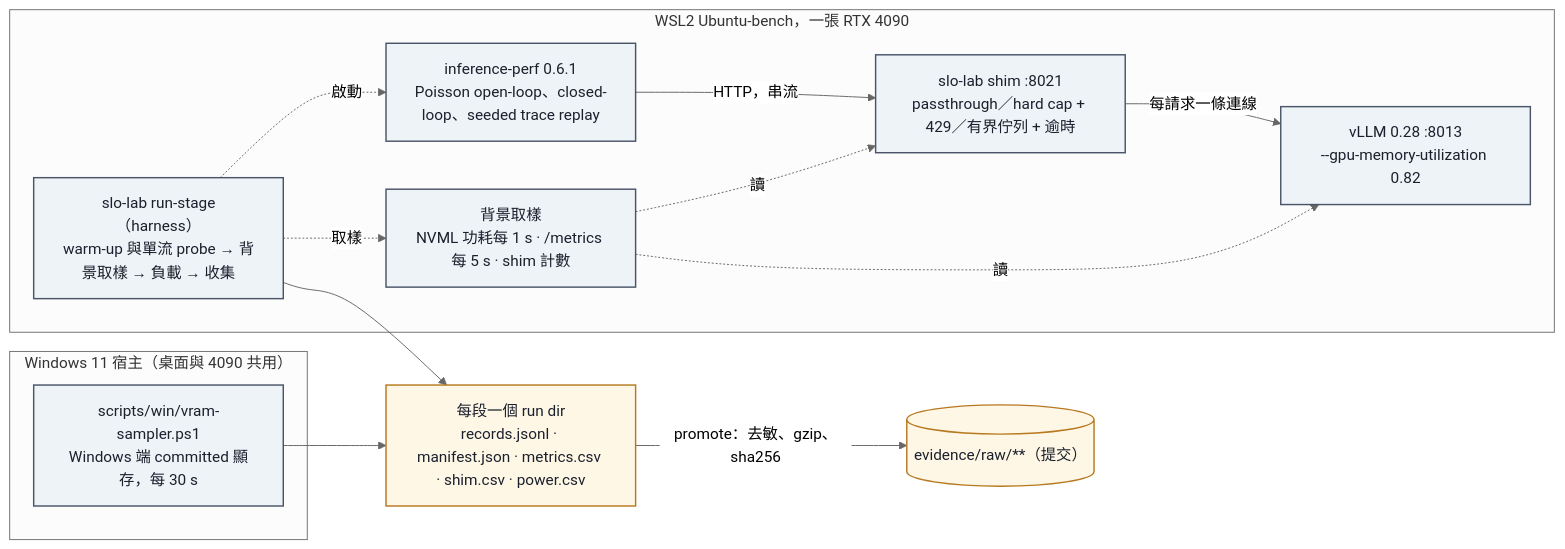
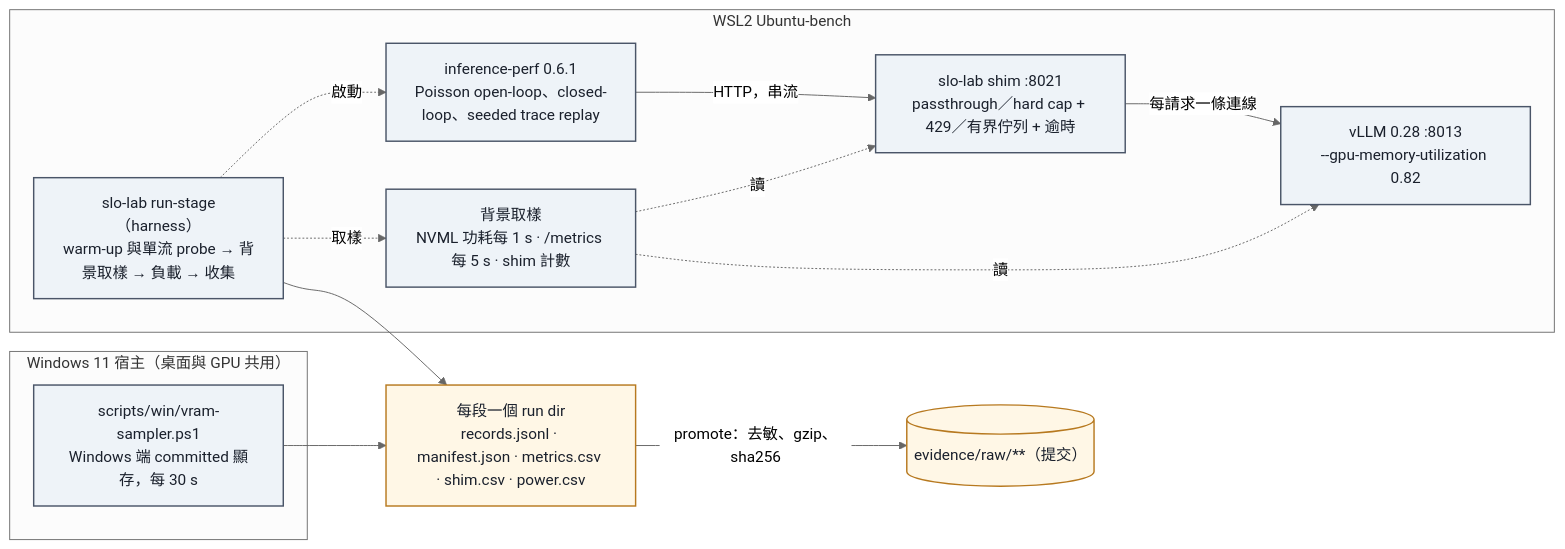
The first of 2 diagrams in README.md (kuotunyu/vllm-single-gpu-slo-lab), drawn with Mermaid (neutral theme) before and after one commit. The commit also changed other lines of this file and 2 other files, not shown here.

Commit message:
README: condensed to results, claim ceilings, method, reproduce (animations and the sequence diagram in collapsible sections); module and evidence inventory moved to docs/inventory.md; CI badge; HANDOFF records the new zh-TW About

````diff
--- a/README.md
+++ b/README.md
@@ -85,26 +87,26 @@
 ```mermaid
 flowchart LR
-    subgraph win["Windows 11 宿主（桌面與 4090 共用）"]
+    subgraph win["Windows 11 宿主（桌面與 GPU 共用）"]
         vram["scripts/win/vram-sampler.ps1<br/>Windows 端 committed 顯存，每 30 s"]
     end
-    subgraph wsl["WSL2 Ubuntu-bench，一張 RTX 4090"]
+    subgraph wsl["WSL2 Ubuntu-bench"]
         harness["slo-lab run-stage（harness）<br/>warm-up 與單流 probe → 背景取樣 → 負載 → 收集"]
         ipf["inference-perf 0.6.1<br/>Poisson open-loop、closed-loop、seeded trace replay"]
         shim["slo-lab shim :8021<br/>passthrough／hard cap + 429／有界佇列 + 逾時"]
         vllm["vLLM 0.28 :8013<br/>--gpu-memory-utilization 0.82"]
         samp["背景取樣<br/>NVML 功耗每 1 s · /metrics 每 5 s · shim 計數"]
         harness -. 啟動 .-> ipf
         ipf -- "HTTP，串流" --> shim
         shim -- "每請求一條連線" --> vllm
         harness -. 取樣 .-> samp
         samp -. 讀 .-> vllm
         samp -. 讀 .-> shim
     end
     harness --> stage["每段一個 run dir<br/>records.jsonl · manifest.json · metrics.csv · shim.csv · power.csv"]
     vram --> stage
     stage -- "promote：去敏、gzip、sha256" --> ev[("evidence/raw/**（提交）")]
     classDef box fill:#eef3f8,stroke:#4a5568,stroke-width:1.5px,color:#1a202c
     classDef store fill:#fff7e6,stroke:#b7791f,stroke-width:1.5px,color:#1a202c
     class harness,ipf,shim,vllm,samp,vram box
     class stage,ev store
 ```
````
